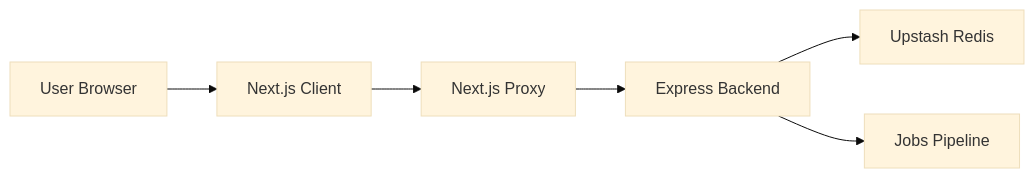
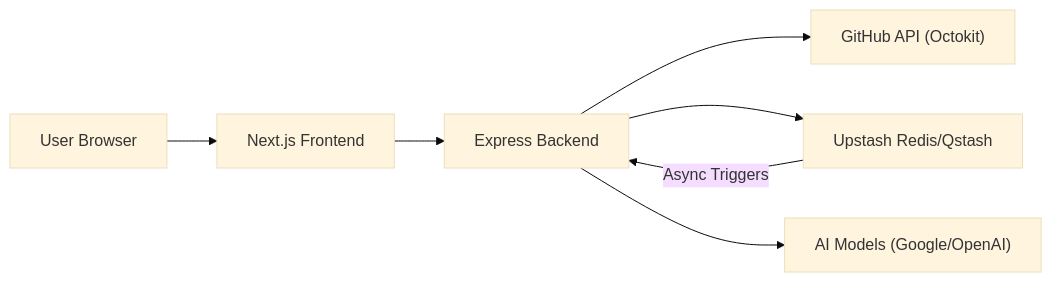
Before and after one commit to shinymacktest/gitdex-docs: the first of 2 diagrams in docs/shinymack/gitdex/2_system-architecture.mdx, drawn with Mermaid (base theme). The commit also changed other lines of this file and 31 other files, not shown here.

````diff
--- a/docs/shinymack/gitdex/2_system-architecture.mdx
+++ b/docs/shinymack/gitdex/2_system-architecture.mdx
@@ -16,8 +26,9 @@
 ```mermaid
 graph LR
-    User["User Browser"] --> Client["Next.js Client"]
-    Client --> Proxy["Next.js Proxy"]
-    Proxy --> Server["Express Backend"]
-    Server --> Redis["Upstash Redis"]
-    Server --> Jobs["Jobs Pipeline"]
+    User["User Browser"] --> Client["Next.js Frontend"]
+    Client --> Server["Express Backend"]
+    Server --> GitHub["GitHub API (Octokit)"]
+    Server --> Redis["Upstash Redis/Qstash"]
+    Server --> LLM["AI Models (Google/OpenAI)"]
+    Redis -- "Async Triggers" --> Server
 ```
````
